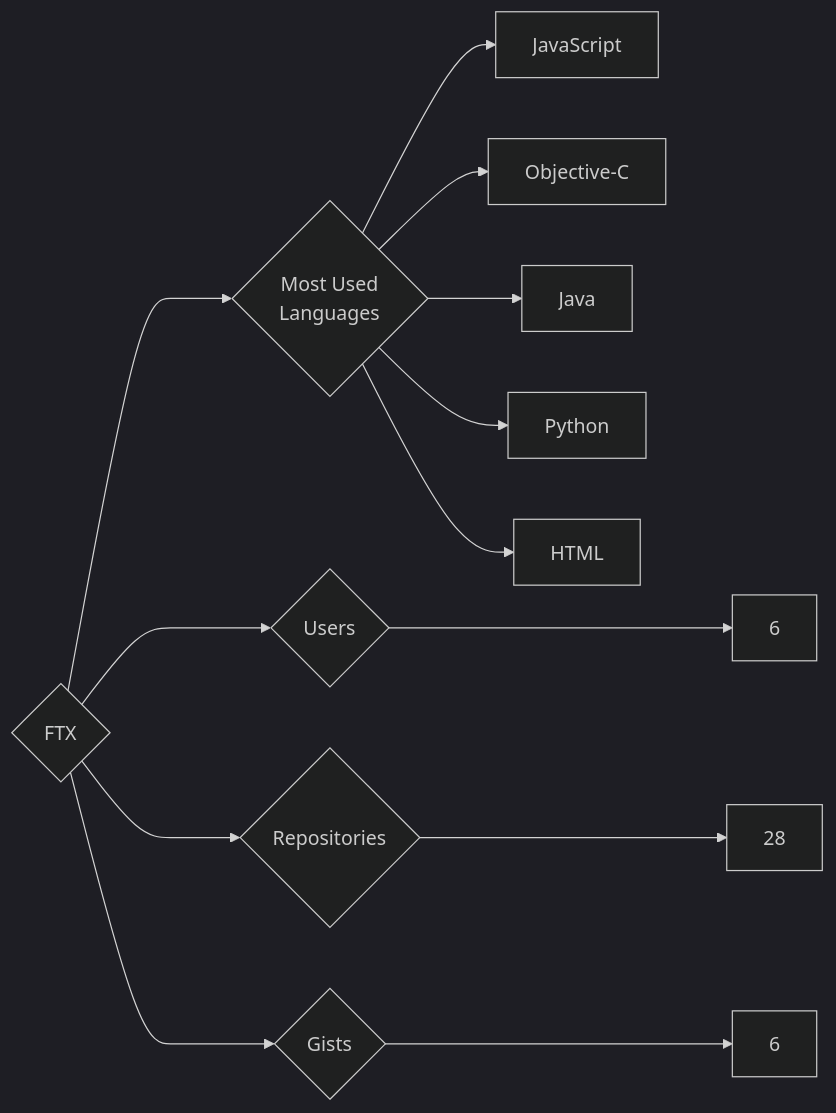
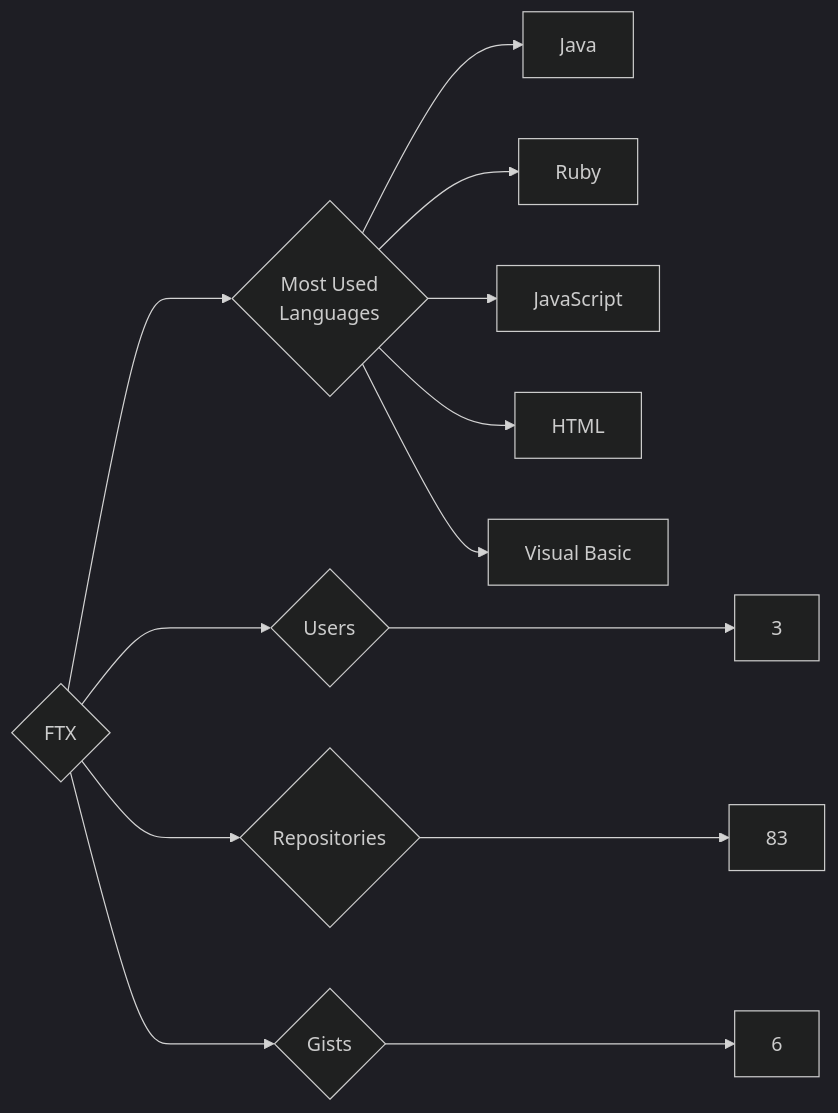
Before and after one commit to trickest/insiders: the diagram in targets/FTX/README.md, drawn with Mermaid (dark theme). The commit also changed 783 other files, not shown here.

````diff
--- a/targets/FTX/README.md
+++ b/targets/FTX/README.md
@@ -3,13 +3,13 @@
 ```mermaid
 graph LR
 COMPANY_NAME{FTX}
-COMPANY_NAME ---> U{Users} ---> UN[6]
-COMPANY_NAME ---> R{Repositories} ---> RN[28]
+COMPANY_NAME ---> U{Users} ---> UN[3]
+COMPANY_NAME ---> R{Repositories} ---> RN[83]
 COMPANY_NAME ---> G{Gists} ---> GN[6]
 COMPANY_NAME ---> ML{Most Used<br>Languages}
+ML --> Java[Java]
+ML --> Ruby[Ruby]
 ML --> JavaScript[JavaScript]
-ML --> Objective-C[Objective-C]
-ML --> Java[Java]
-ML --> Python[Python]
 ML --> HTML[HTML]
+ML --> Visual_Basic[Visual Basic]
 ```
````
